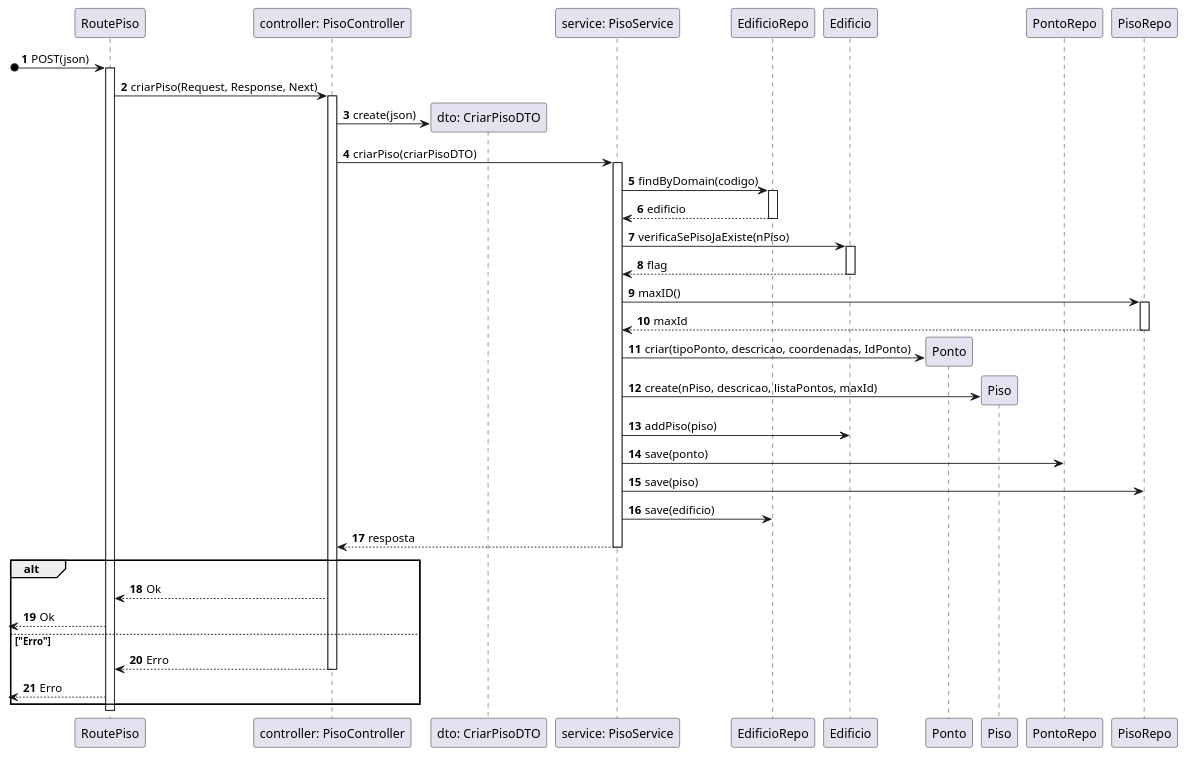
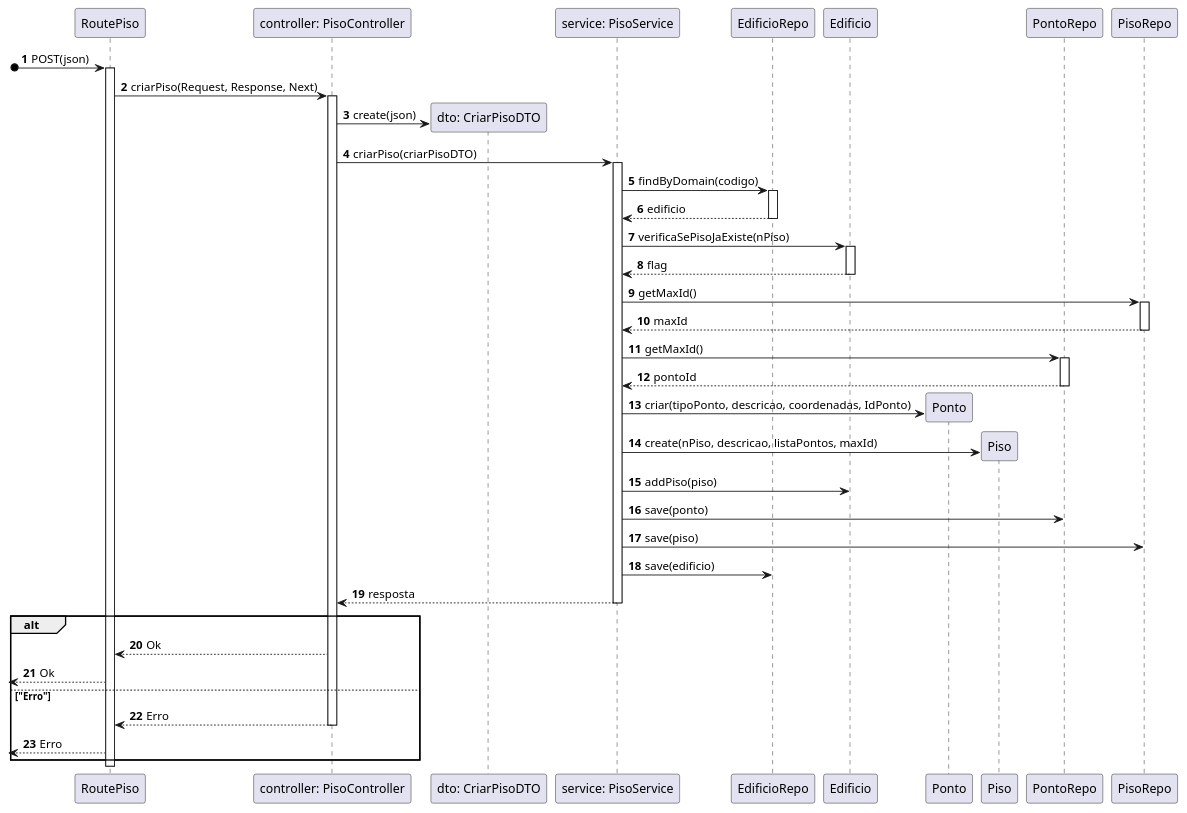
The diagram in docs/Sprint_A/US190/N3/US190_VP.puml (SEM5PI2324G58/sem5pi_g58_23_24), drawn with PlantUML before and after one commit. The commit also changed 1 other file, not shown here.

```diff
--- a/docs/Sprint_A/US190/N3/US190_VP.puml
+++ b/docs/Sprint_A/US190/N3/US190_VP.puml
@@ -1,45 +1,48 @@
 autonumber
 
 participant RoutePiso as route
 participant "controller: PisoController" as ctrl
 participant "dto: CriarPisoDTO" as dto
 participant "service: PisoService" as service
 participant "EdificioRepo" as edRepo
 participant "Edificio" as edificio
 participant "Ponto" as ponto
 participant "Piso" as piso
 participant "PontoRepo" as pontoRepo
 participant "PisoRepo" as pisoRepo
 
 [o-> route: POST(json)
 activate route
 route -> ctrl: criarPiso(Request, Response, Next)
 activate ctrl
 ctrl -> dto ** : create(json)
 ctrl -> service: criarPiso(criarPisoDTO) 
 activate service
 service -> edRepo: findByDomain(codigo)
 activate edRepo
 return edificio
 service -> edificio :  verificaSePisoJaExiste(nPiso)
 activate edificio
 return flag
-service -> pisoRepo: maxID()
+service -> pisoRepo: getMaxId()
 activate pisoRepo
 return maxId
+service -> pontoRepo: getMaxId()
+activate pontoRepo
+return pontoId
 service -> ponto ** : criar(tipoPonto, descricao, coordenadas, IdPonto)
 service -> piso ** : create(nPiso, descricao, listaPontos, maxId)
 service -> edificio: addPiso(piso)
 service -> pontoRepo: save(ponto)
 service -> pisoRepo: save(piso)
 service -> edRepo: save(edificio)
 return resposta
 alt
 route <-- ctrl: Ok
 <-- route: Ok
 else "Erro"
 route <-- ctrl: Erro
 deactivate ctrl
 <-- route: Erro
 end alt
 deactivate route
```
